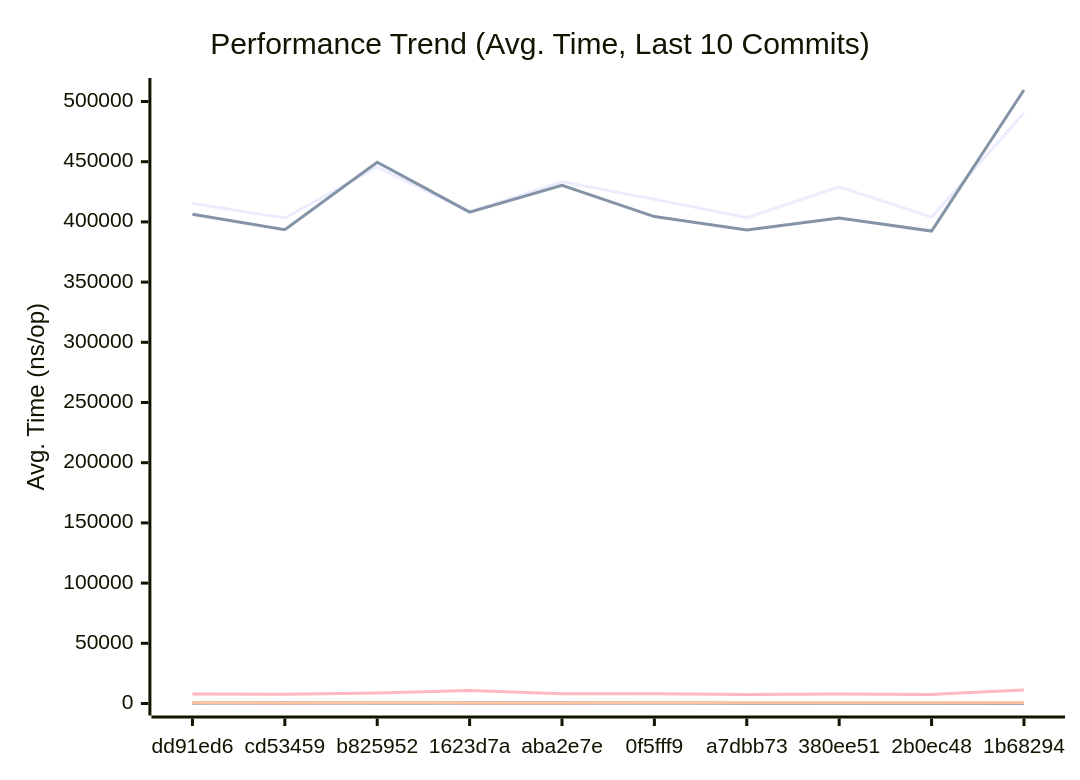
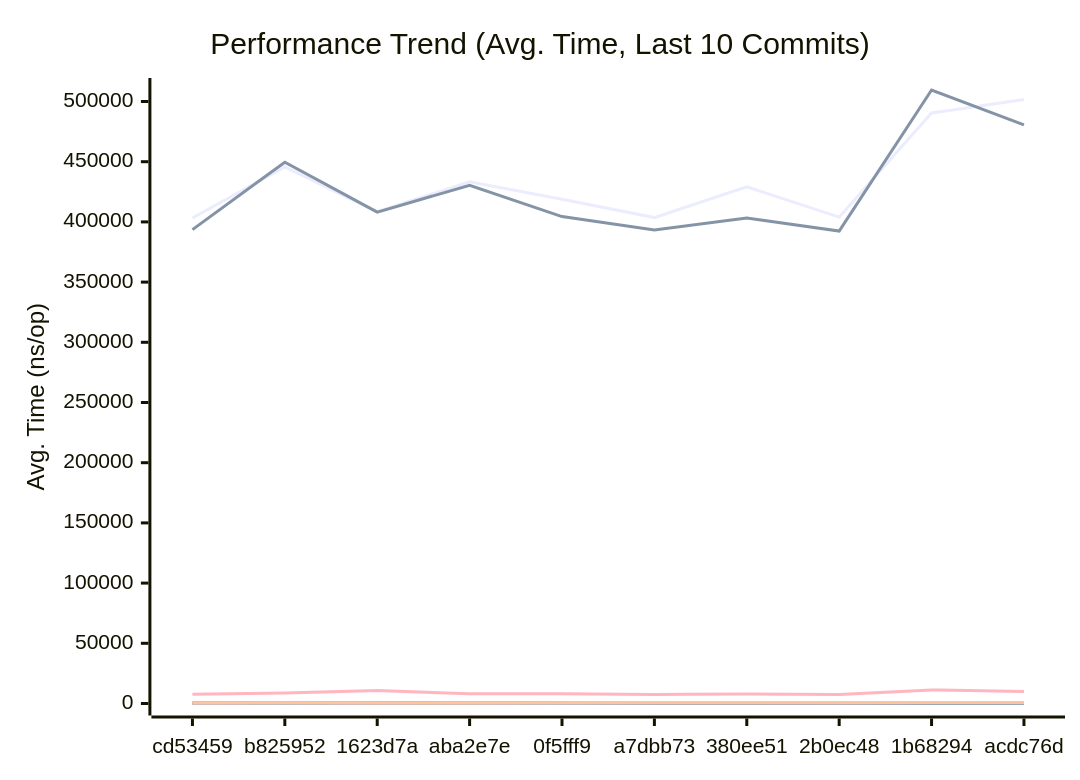
The first of 3 diagrams in docs/PERFORMANCE.md (alsotoes/momo), drawn with Mermaid before and after one commit. The commit also changed other lines of this file and 1 other file, not shown here.

````diff
--- a/docs/PERFORMANCE.md
+++ b/docs/PERFORMANCE.md
@@ -145,20 +145,20 @@
 ```mermaid
 xychart-beta
     title "Performance Trend (Avg. Time, Last 10 Commits)"
     x-axis "Commit"
     y-axis "Avg. Time (ns/op)"
-    x-axis [dd91ed6,cd53459,b825952,1623d7a,aba2e7e,0f5fff9,a7dbb73,380ee51,2b0ec48,1b68294]
-    line "AWSChunkedReaderSigned" [415373,403249,445617,408424,433346,418811,403588,429229,403967,490447]
-    line "AWSChunkedReaderUnsigned" [406436,393596,449617,408148,430389,404420,393243,403247,392414,509557]
-    line "CheckMetricsAndSwap" [7,8,8,9,8,8,7,9,7,10]
-    line "CrushOptimized" [294,287,358,356,303,301,284,301,316,380]
-    line "CrushOriginal" [407,389,441,568,411,382,396,423,386,547]
+    x-axis [cd53459,b825952,1623d7a,aba2e7e,0f5fff9,a7dbb73,380ee51,2b0ec48,1b68294,acdc76d]
+    line "AWSChunkedReaderSigned" [403249,445617,408424,433346,418811,403588,429229,403967,490447,501747]
+    line "AWSChunkedReaderUnsigned" [393596,449617,408148,430389,404420,393243,403247,392414,509557,480650]
+    line "CheckMetricsAndSwap" [8,8,9,8,8,7,9,7,10,10]
+    line "CrushOptimized" [287,358,356,303,301,284,301,316,380,430]
+    line "CrushOriginal" [389,441,568,411,382,396,423,386,547,539]
     line "IndexDirectTracking" [0,0,0,0,0,0,0,0,0,0]
-    line "IndexSearch" [2,1,1,2,2,2,3,3,3,3]
-    line "LoadGlobalConfig" [7911,7590,8718,10767,8040,8190,7563,7976,7514,11292]
-    line "PadString" [39,36,44,55,40,53,37,39,38,53]
+    line "IndexSearch" [1,1,2,2,2,3,3,3,3,3]
+    line "LoadGlobalConfig" [7590,8718,10767,8040,8190,7563,7976,7514,11292,9958]
+    line "PadString" [36,44,55,40,53,37,39,38,53,53]
     line "ParseReplicationOrder_NoPrealloc" [350,349,357,354,345,225,229,165,232,234]
     line "ParseReplicationOrder_Prealloc" [229,231,237,234,229,108,107,80,110,109]
-    line "SanitizeLog/Safe" [401,396,419,499,416,418,222,229,221,250]
-    line "SanitizeLog/Unsafe" [541,482,602,485,511,532,643,668,634,895]
+    line "SanitizeLog/Safe" [396,419,499,416,418,222,229,221,250,238]
+    line "SanitizeLog/Unsafe" [482,602,485,511,532,643,668,634,895,823]
 ```
````
